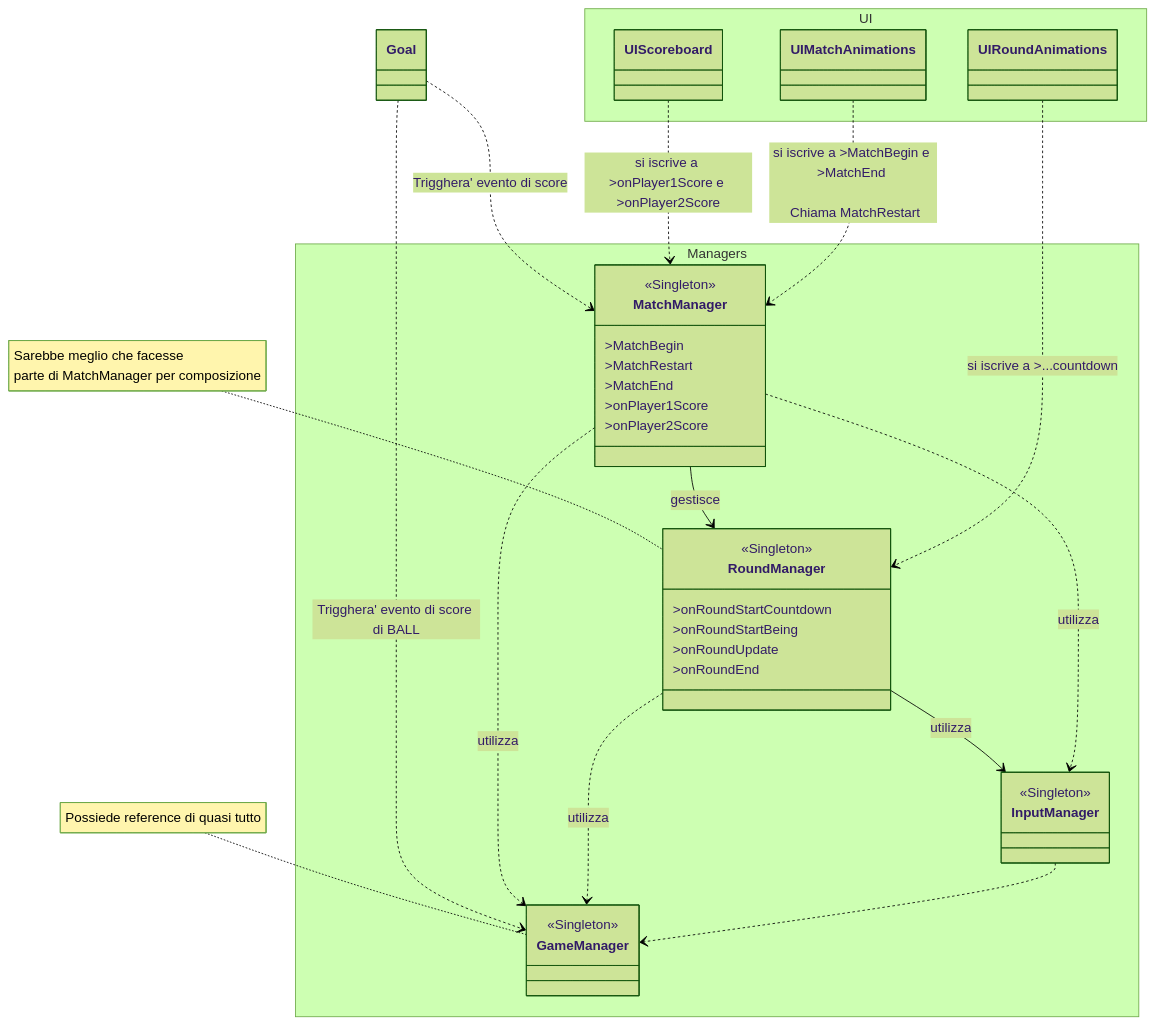
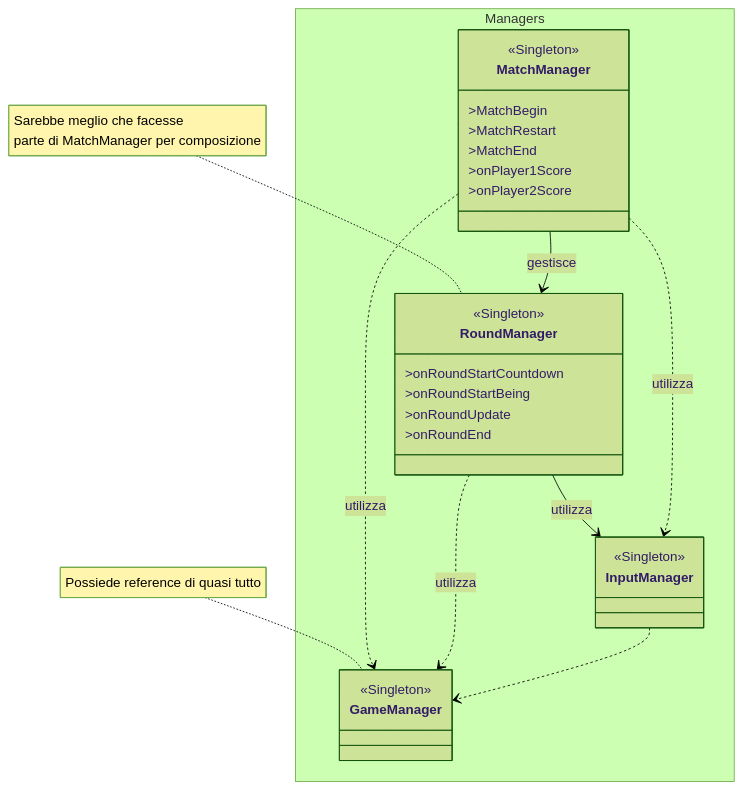
Before and after one commit to 0pow-pow0/RumbleSmash: the diagram in Assets/Scripts/ManagersScriptLogic.md, drawn with Mermaid (forest theme). The commit also changed 118 other files, not shown here.

````diff
--- a/Assets/Scripts/ManagersScriptLogic.md
+++ b/Assets/Scripts/ManagersScriptLogic.md
@@ -2,77 +2,51 @@
 ```mermaid
 classDiagram
 
 
 %% ---------------- Managers
 namespace Managers {
     class GameManager { 
     <<Singleton>>
     }
 
     class InputManager {
         <<Singleton>>
     }
 
     class MatchManager {
         <<Singleton>>
         >MatchBegin
         >MatchRestart
         >MatchEnd
         >onPlayer1Score
         >onPlayer2Score
     }
 
     class RoundManager {
         <<Singleton>>
         >onRoundStartCountdown
         >onRoundStartBeing
         >onRoundUpdate
         >onRoundEnd
     }
 }
 
 
-
-
-Goal ..> MatchManager : Trigghera' evento di score
-
-Goal ..> GameManager : Trigghera' evento di score di BALL
-
 MatchManager --> RoundManager : gestisce
 MatchManager ..> GameManager : utilizza
 
 RoundManager ..> GameManager : utilizza
 RoundManager --> InputManager : utilizza
 
 MatchManager ..> InputManager : utilizza
 
 InputManager ..> GameManager
 
 note for GameManager "Possiede reference di quasi tutto"
 
 note for RoundManager "Sarebbe meglio che facesse <br/> parte di MatchManager per composizione"
 
-%% ------------- UI
-namespace UI {
-    class UIScoreboard {
-        
-    }
 
-    class UIRoundAnimations {
-
-    }
-    
-   
-
-    class UIMatchAnimations {
-
-    }
-}
-UIScoreboard ..> MatchManager : si iscrive a >onPlayer1Score e >onPlayer2Score
-
-UIRoundAnimations ..> RoundManager : si iscrive a >...countdown
-
-UIMatchAnimations ..> MatchManager : si iscrive a >MatchBegin e >MatchEnd <br/> <br/> Chiama MatchRestart
 
 
 ```
````
